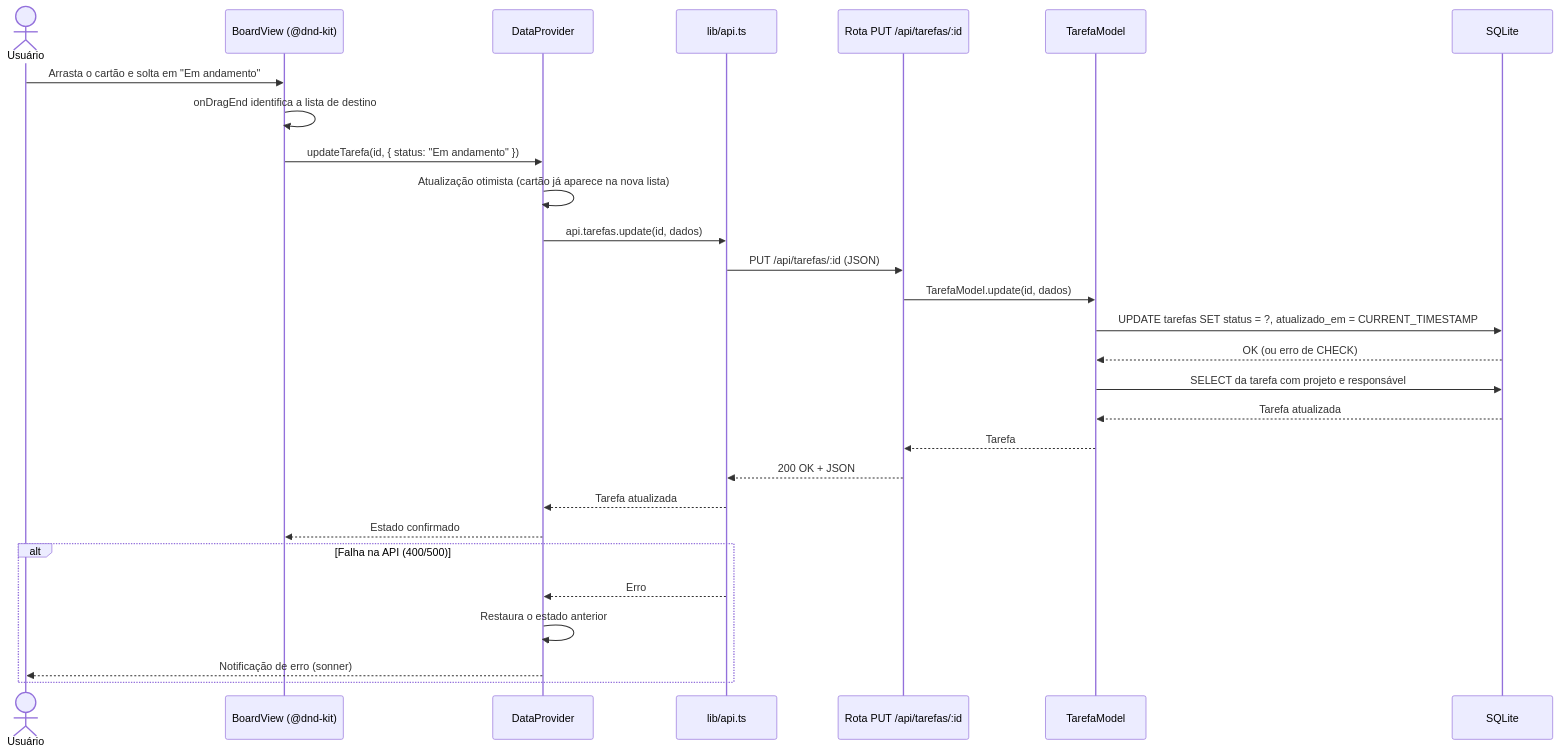
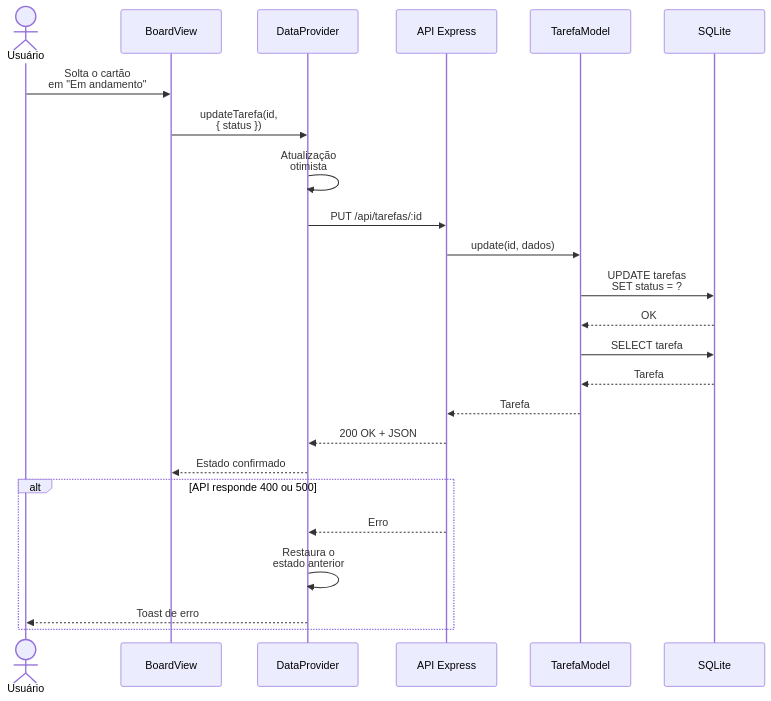
One commit to joaogpnfs/tarefas-gestor changed the fifth of 5 diagrams in documentacao/documentacao.md. Above: the diagram before and after it, drawn with Mermaid. The commit also changed other lines of this file and 1 other file, not shown here.

Commit message:
docs: regenera PDF da documentação com diagramas e capturas de tela

````diff
--- a/documentacao/documentacao.md
+++ b/documentacao/documentacao.md
@@ -539,31 +541,26 @@
 ```mermaid
 sequenceDiagram
     actor U as Usuário
-    participant B as BoardView (@dnd-kit)
+    participant B as BoardView
     participant D as DataProvider
-    participant A as lib/api.ts
-    participant R as Rota PUT /api/tarefas/:id
+    participant R as API Express
     participant M as TarefaModel
     participant DB as SQLite
-
-    U->>B: Arrasta o cartão e solta em "Em andamento"
-    B->>B: onDragEnd identifica a lista de destino
-    B->>D: updateTarefa(id, { status: "Em andamento" })
-    D->>D: Atualização otimista (cartão já aparece na nova lista)
-    D->>A: api.tarefas.update(id, dados)
-    A->>R: PUT /api/tarefas/:id (JSON)
-    R->>M: TarefaModel.update(id, dados)
-    M->>DB: UPDATE tarefas SET status = ?, atualizado_em = CURRENT_TIMESTAMP
-    DB-->>M: OK (ou erro de CHECK)
-    M->>DB: SELECT da tarefa com projeto e responsável
-    DB-->>M: Tarefa atualizada
+    U->>B: Solta o cartão<br/>em "Em andamento"
+    B->>D: updateTarefa(id,<br/>{ status })
+    D->>D: Atualização<br/>otimista
+    D->>R: PUT /api/tarefas/:id
+    R->>M: update(id, dados)
+    M->>DB: UPDATE tarefas<br/>SET status = ?
+    DB-->>M: OK
+    M->>DB: SELECT tarefa
+    DB-->>M: Tarefa
     M-->>R: Tarefa
-    R-->>A: 200 OK + JSON
-    A-->>D: Tarefa atualizada
+    R-->>D: 200 OK + JSON
     D-->>B: Estado confirmado
-    alt Falha na API (400/500)
-        A-->>D: Erro
-        D->>D: Restaura o estado anterior
-        D-->>U: Notificação de erro (sonner)
+    alt API responde 400 ou 500
+        R-->>D: Erro
+        D->>D: Restaura o<br/>estado anterior
+        D-->>U: Toast de erro
     end
 ```
````
